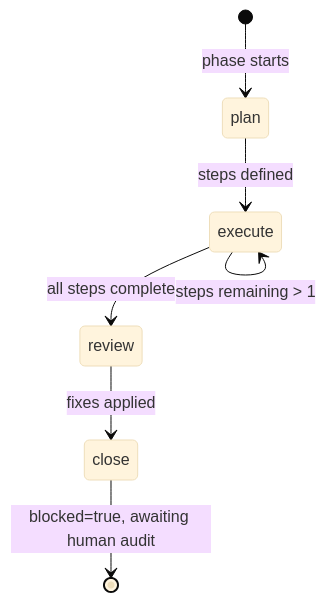
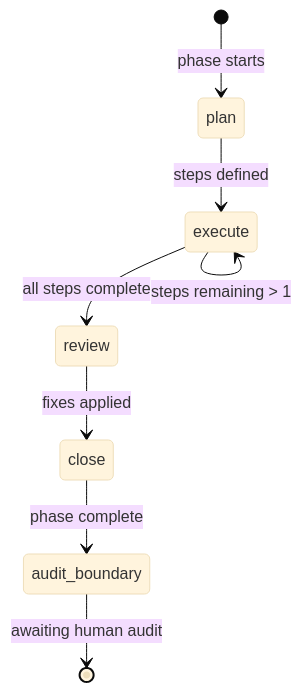
One commit to LesTP/i2c changed the fourth of 5 diagrams in WORKFLOW.md. Above: the diagram before and after it, drawn with Mermaid (base theme). The commit also changed other lines of this file and 6 other files, not shown here.

````diff
--- a/WORKFLOW.md
+++ b/WORKFLOW.md
@@ -128,9 +128,10 @@
 ```mermaid
 stateDiagram-v2
     [*] --> plan: phase starts
     plan --> execute: steps defined
     execute --> execute: steps remaining > 1
     execute --> review: all steps complete
     review --> close: fixes applied
-    close --> [*]: blocked=true, awaiting human audit
+    close --> audit_boundary: phase complete
+    audit_boundary --> [*]: awaiting human audit
 ```
````
